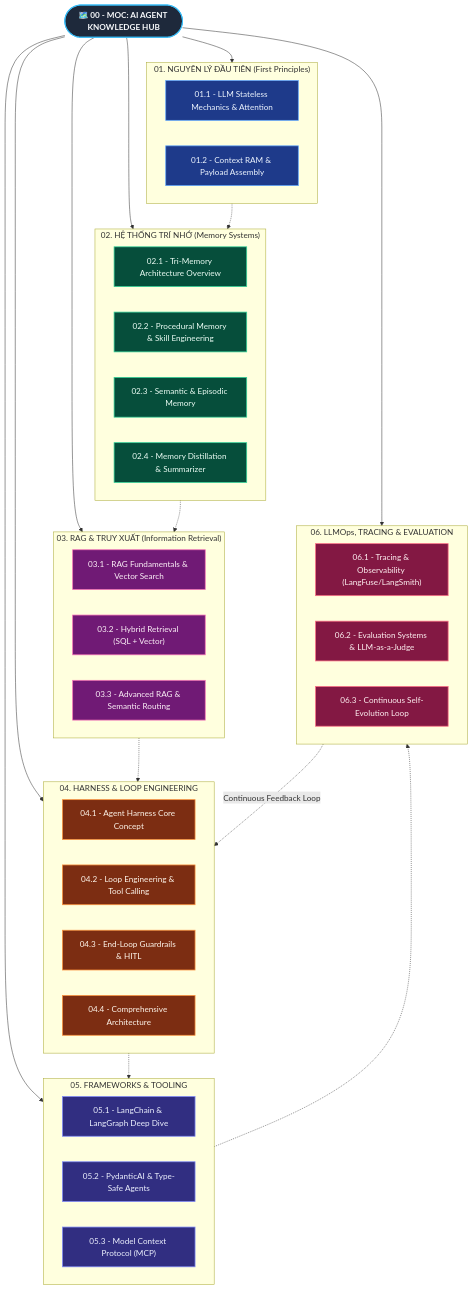
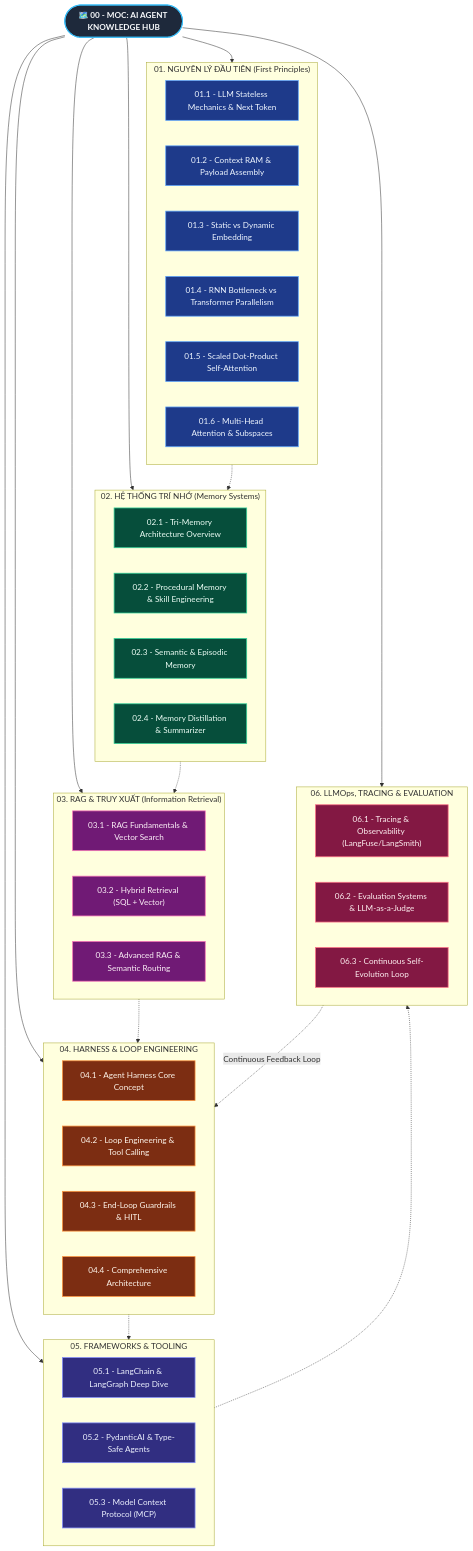
Before and after one commit to longhalo1803/second-brain: the diagram in AI-knowledge/00 - MOC (Map of Content).md, drawn with Mermaid. The commit also changed other lines of this file and 9 other files, not shown here.

Commit message:
feat(AI-knowedge): add more AI fundametal knowledge about matrix, word2vec, attention, next-token-prediction

```diff
--- a/AI-knowledge/00 - MOC (Map of Content).md
+++ b/AI-knowledge/00 - MOC (Map of Content).md
@@ -18,8 +18,12 @@
     MOC(["🗺️ 00 - MOC: AI AGENT KNOWLEDGE HUB"]):::main
 
     subgraph M1 ["01. NGUYÊN LÝ ĐẦU TIÊN (First Principles)"]
-        M1_1["01.1 - LLM Stateless Mechanics & Attention"]:::foundation
+        M1_1["01.1 - LLM Stateless Mechanics & Next Token"]:::foundation
         M1_2["01.2 - Context RAM & Payload Assembly"]:::foundation
+        M1_3["01.3 - Static vs Dynamic Embedding"]:::foundation
+        M1_4["01.4 - RNN Bottleneck vs Transformer Parallelism"]:::foundation
+        M1_5["01.5 - Scaled Dot-Product Self-Attention"]:::foundation
+        M1_6["01.6 - Multi-Head Attention & Subspaces"]:::foundation
     end
 
     subgraph M2 ["02. HỆ THỐNG TRÍ NHỚ (Memory Systems)"]
@@ -70,8 +74,12 @@
     M6 -.->|Continuous Feedback Loop| M4
 
     %% Clickable Navigation Links
-    click M1_1 "01 - Fundamentals & First Principles/01.1 - LLM Stateless Mechanics & Attention" "Mở bài 01.1"
-    click M1_2 "01 - Fundamentals & First Principles/01.2 - Context RAM & Payload Assembly" "Mở bài 01.2"
+    click M1_1 "AI-knowledge/01 - Fundamentals & First Principles/01.1 - LLM Stateless Mechanics & Next Token Prediction" "Mở bài 01.1"
+    click M1_2 "AI-knowledge/01 - Fundamentals & First Principles/01.2 - Context RAM & Payload Assembly" "Mở bài 01.2"
+    click M1_3 "AI-knowledge/01 - Fundamentals & First Principles/01.3 - Static vs Dynamic Embedding" "Mở bài 01.3"
+    click M1_4 "AI-knowledge/01 - Fundamentals & First Principles/01.4 - Sequence Processing: RNN Bottleneck vs Transformer Parallelism" "Mở bài 01.4"
+    click M1_5 "AI-knowledge/01 - Fundamentals & First Principles/01.5 - Scaled Dot-Product Self-Attention" "Mở bài 01.5"
+    click M1_6 "AI-knowledge/01 - Fundamentals & First Principles/01.6 - Multi-Head Attention & Representation Subspaces" "Mở bài 01.6"
 
     click M2_1 "02 - Memory Systems/02.1 - Tri-Memory Architecture Overview" "Mở bài 02.1"
     click M2_2 "02 - Memory Systems/02.2 - Procedural Memory & Skill Engineering" "Mở bài 02.2"
```
